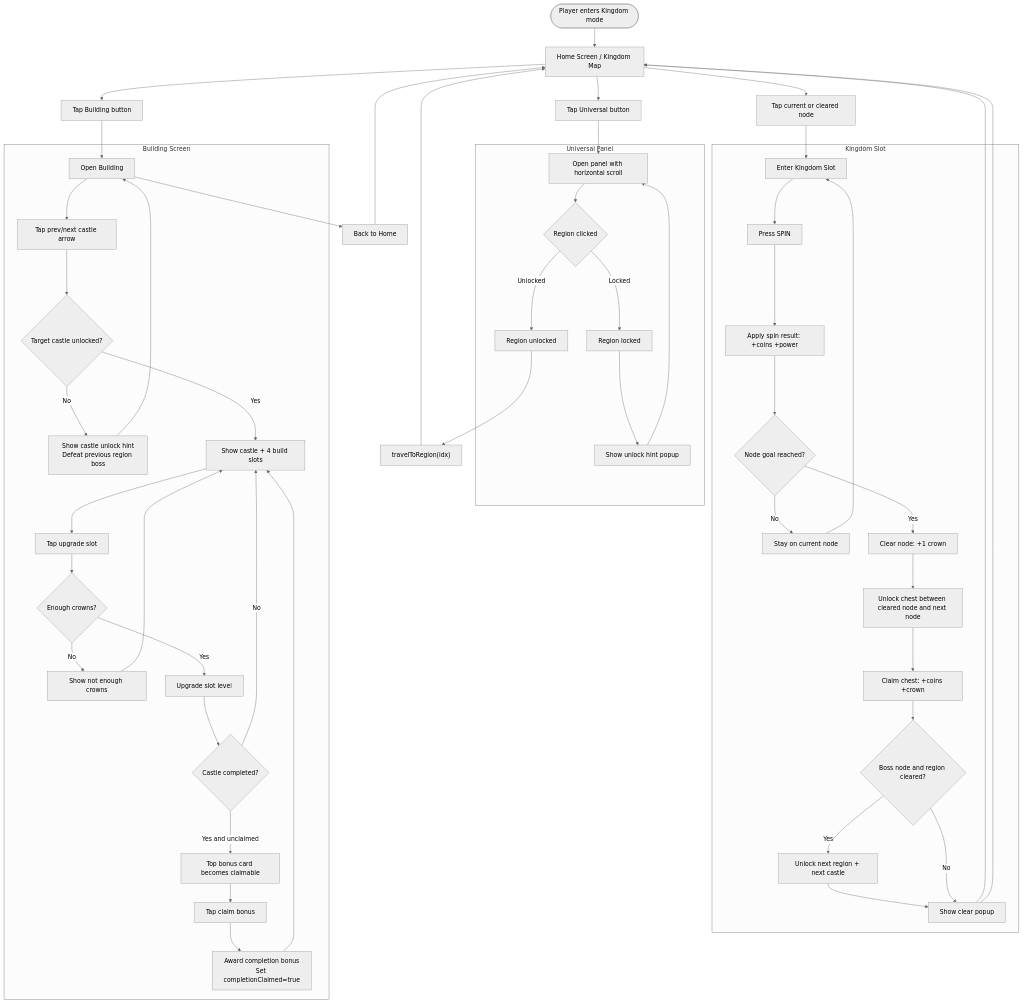
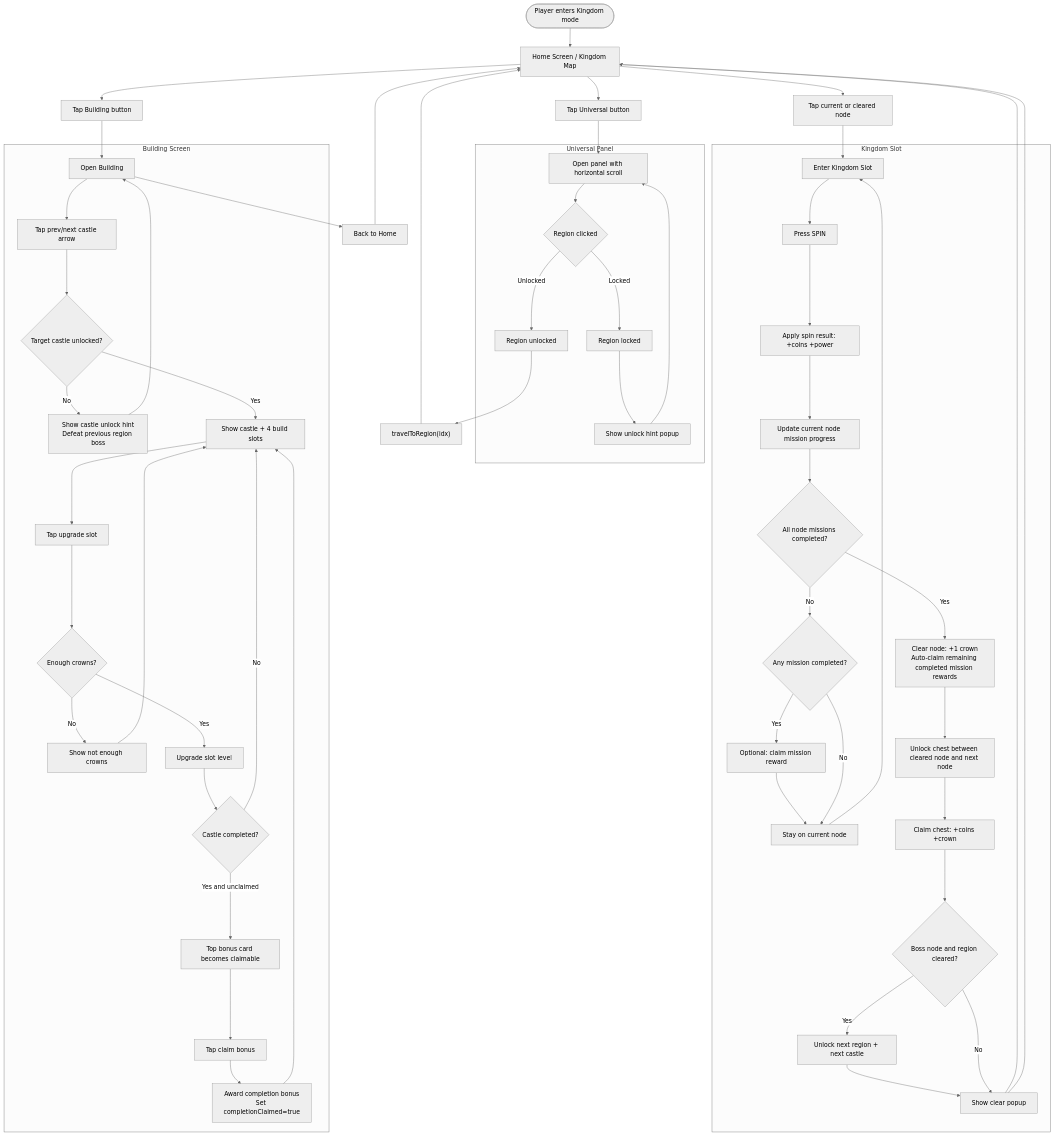
One commit to TriNguyen3010/KingdomSpin_prototypeFlow changed the diagram in docs/kingdom-mode-flow.mmd. Above: the diagram before and after it, drawn with Mermaid (neutral theme). The commit also changed 7 other files, not shown here.

Commit message:
feat: switch kingdom node clear to mission-only and lock spin when ready

```diff
--- a/docs/kingdom-mode-flow.mmd
+++ b/docs/kingdom-mode-flow.mmd
@@ -1,84 +1,89 @@
 flowchart TB
     Start([Player enters Kingdom mode])
     Home[Home Screen / Kingdom Map]
     UniversalBtn[Tap Universal button]
     BuildingBtn[Tap Building button]
     NodeTap[Tap current or cleared node]
 
     Start --> Home
     Home --> UniversalBtn
     Home --> BuildingBtn
     Home --> NodeTap
 
     subgraph U[Universal Panel]
         UOpen[Open panel with horizontal scroll]
         UClick{Region clicked}
         UUnlocked[Region unlocked]
         ULocked[Region locked]
         UHint[Show unlock hint popup]
     end
 
     UniversalBtn --> UOpen
     UOpen --> UClick
     UClick -->|Unlocked| UUnlocked
     UUnlocked --> Travel["travelToRegion(idx)"]
     UClick -->|Locked| ULocked
     ULocked --> UHint
     UHint --> UOpen
     Travel --> Home
 
     subgraph S[Kingdom Slot]
         SEnter[Enter Kingdom Slot]
         Spin[Press SPIN]
         Eval[Apply spin result: +coins +power]
-        Goal{Node goal reached?}
+        MissionTrack[Update current node mission progress]
+        MissionDone{All node missions completed?}
+        PartialDone{Any mission completed?}
+        MissionClaim[Optional: claim mission reward]
         KeepNode[Stay on current node]
-        NodeClear[Clear node: +1 crown]
+        NodeClear["Clear node: +1 crown<br>Auto-claim remaining completed mission rewards"]
         ChestUnlock[Unlock chest between cleared node and next node]
         ChestClaim[Claim chest: +coins +crown]
         BossCheck{Boss node and region cleared?}
         RegionUnlock[Unlock next region + next castle]
         PostPopup[Show clear popup]
     end
 
-    NodeTap --> SEnter --> Spin --> Eval --> Goal
-    Goal -->|No| KeepNode --> SEnter
-    Goal -->|Yes| NodeClear --> ChestUnlock --> ChestClaim --> BossCheck
+    NodeTap --> SEnter --> Spin --> Eval --> MissionTrack --> MissionDone
+    MissionDone -->|No| PartialDone
+    PartialDone -->|Yes| MissionClaim --> KeepNode --> SEnter
+    PartialDone -->|No| KeepNode
+    MissionDone -->|Yes| NodeClear --> ChestUnlock --> ChestClaim --> BossCheck
     BossCheck -->|Yes| RegionUnlock --> PostPopup --> Home
     BossCheck -->|No| PostPopup --> Home
 
     subgraph B[Building Screen]
         BEnter[Open Building]
         ArrowTap[Tap prev/next castle arrow]
         CastleCheck{Target castle unlocked?}
         CastleHint["Show castle unlock hint<br>Defeat previous region boss"]
         CastleView[Show castle + 4 build slots]
         UpgradeTap[Tap upgrade slot]
         CrownCheck{Enough crowns?}
         CrownFail[Show not enough crowns]
         UpgradeOK[Upgrade slot level]
         CompleteCheck{Castle completed?}
         ClaimState[Top bonus card becomes claimable]
         ClaimTap[Tap claim bonus]
         ClaimDone["Award completion bonus<br>Set completionClaimed=true"]
     end
 
     BuildingBtn --> BEnter
     BEnter --> ArrowTap
     ArrowTap --> CastleCheck
     CastleCheck -->|No| CastleHint
     CastleHint --> BEnter
     CastleCheck -->|Yes| CastleView
     CastleView --> UpgradeTap
     UpgradeTap --> CrownCheck
     CrownCheck -->|No| CrownFail
     CrownFail --> CastleView
     CrownCheck -->|Yes| UpgradeOK
     UpgradeOK --> CompleteCheck
     CompleteCheck -->|No| CastleView
     CompleteCheck -->|Yes and unclaimed| ClaimState
     ClaimState --> ClaimTap
     ClaimTap --> ClaimDone
     ClaimDone --> CastleView
 
     BEnter --> BackHome[Back to Home] --> Home
```
